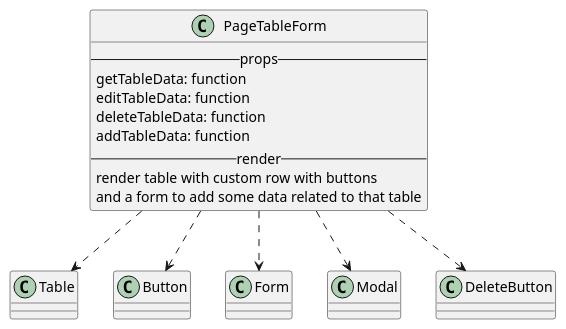
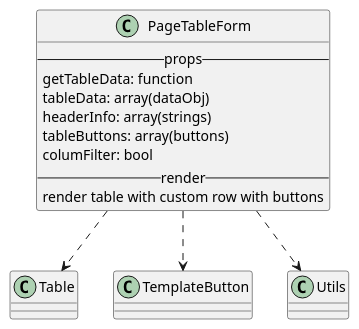
The diagram in react/pageTemplates/pageTableForm.iuml (M9k/Marvin-Uml), drawn with PlantUML before and after one commit. The commit also changed 20 other files, not shown here.

```diff
--- a/react/pageTemplates/pageTableForm.iuml
+++ b/react/pageTemplates/pageTableForm.iuml
@@ -1,15 +1,13 @@
 class PageTableForm{
     --props--
         getTableData: function
-        editTableData: function
-        deleteTableData: function
-        addTableData: function
+        tableData: array(dataObj)
+        headerInfo: array(strings)
+        tableButtons: array(buttons)
+        columFilter: bool
     --render--
         render table with custom row with buttons
-        and a form to add some data related to that table
 }
 PageTableForm ..> Table
-PageTableForm ..> Button
-PageTableForm ..> Form
-PageTableForm ..> Modal
-PageTableForm ..> DeleteButton
+PageTableForm ..> TemplateButton
+PageTableForm ..> Utils
```
